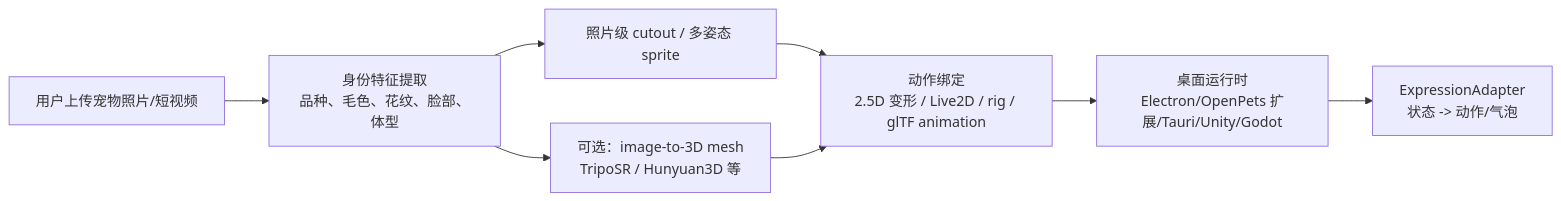
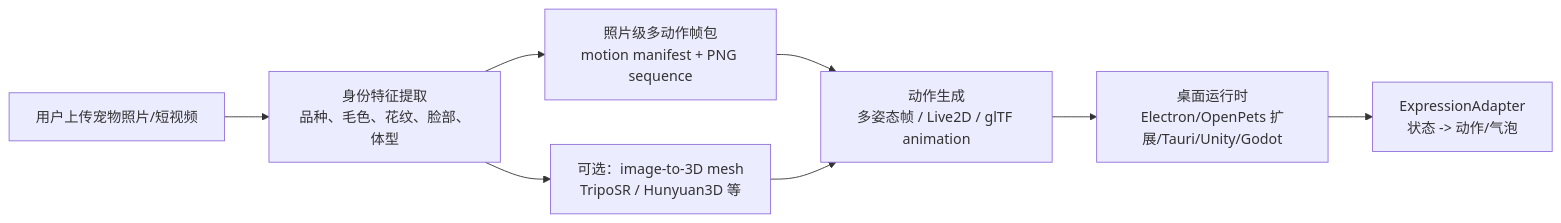
One commit to rc314159-creator/ai_pet_nono changed the diagram in ai-pet/docs/research/desktop-real-pet-avatar-2026-05-30.md. Above: the diagram before and after it, drawn with Mermaid. The commit also changed other lines of this file and 384 other files, not shown here.

````diff
--- a/ai-pet/docs/research/desktop-real-pet-avatar-2026-05-30.md
+++ b/ai-pet/docs/research/desktop-real-pet-avatar-2026-05-30.md
@@ -133,13 +177,13 @@
 ```mermaid
 flowchart LR
   Upload["用户上传宠物照片/短视频"]
   Feature["身份特征提取<br/>品种、毛色、花纹、脸部、体型"]
-  Asset2D["照片级 cutout / 多姿态 sprite"]
+  Asset2D["照片级多动作帧包<br/>motion manifest + PNG sequence"]
   Asset3D["可选：image-to-3D mesh<br/>TripoSR / Hunyuan3D 等"]
-  Rig["动作绑定<br/>2.5D 变形 / Live2D / rig / glTF animation"]
+  Rig["动作生成<br/>多姿态帧 / Live2D / glTF animation"]
   Runtime["桌面运行时<br/>Electron/OpenPets 扩展/Tauri/Unity/Godot"]
   Expression["ExpressionAdapter<br/>状态 -> 动作/气泡"]
 
   Upload --> Feature --> Asset2D --> Rig --> Runtime --> Expression
   Feature --> Asset3D --> Rig
 ```
````
